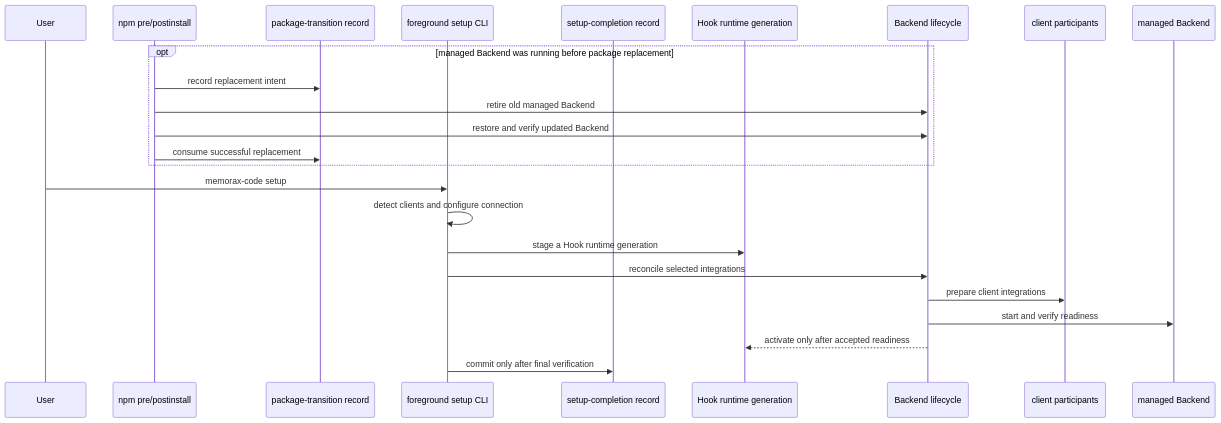
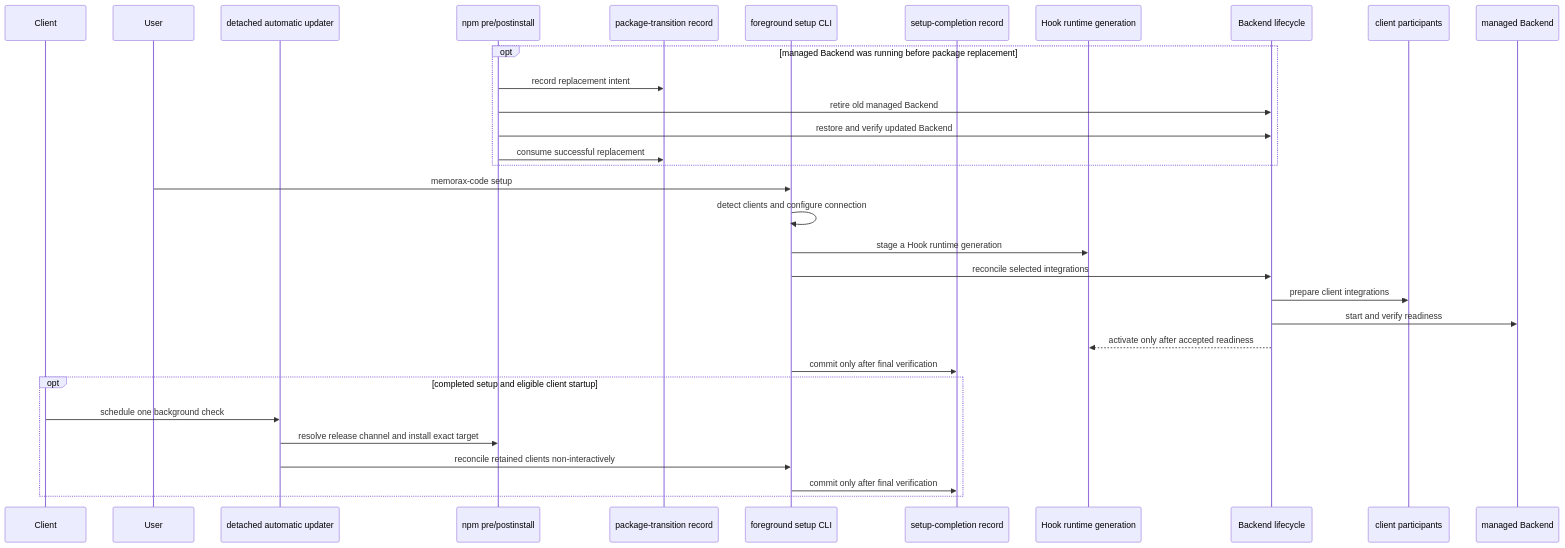
Before and after one commit to memorax-ai/memorax-code: the second of 6 diagrams in ARCHITECTURE.md, drawn with Mermaid. The commit also changed other lines of this file and 25 other files, not shown here.

````diff
--- a/ARCHITECTURE.md
+++ b/ARCHITECTURE.md
@@ -156,27 +156,35 @@
 ```mermaid
 sequenceDiagram
+  participant Client
   participant User
+  participant Update as detached automatic updater
   participant NPM as npm pre/postinstall
   participant Transition as package-transition record
   participant Setup as foreground setup CLI
   participant Completion as setup-completion record
   participant Generation as Hook runtime generation
   participant Lifecycle as Backend lifecycle
   participant Participants as client participants
   participant Service as managed Backend
 
   opt managed Backend was running before package replacement
     NPM->>Transition: record replacement intent
     NPM->>Lifecycle: retire old managed Backend
     NPM->>Lifecycle: restore and verify updated Backend
     NPM->>Transition: consume successful replacement
   end
   User->>Setup: memorax-code setup
   Setup->>Setup: detect clients and configure connection
   Setup->>Generation: stage a Hook runtime generation
   Setup->>Lifecycle: reconcile selected integrations
   Lifecycle->>Participants: prepare client integrations
   Lifecycle->>Service: start and verify readiness
   Lifecycle-->>Generation: activate only after accepted readiness
   Setup->>Completion: commit only after final verification
+  opt completed setup and eligible client startup
+    Client->>Update: schedule one background check
+    Update->>NPM: resolve release channel and install exact target
+    Update->>Setup: reconcile retained clients non-interactively
+    Setup->>Completion: commit only after final verification
+  end
 ```
````
